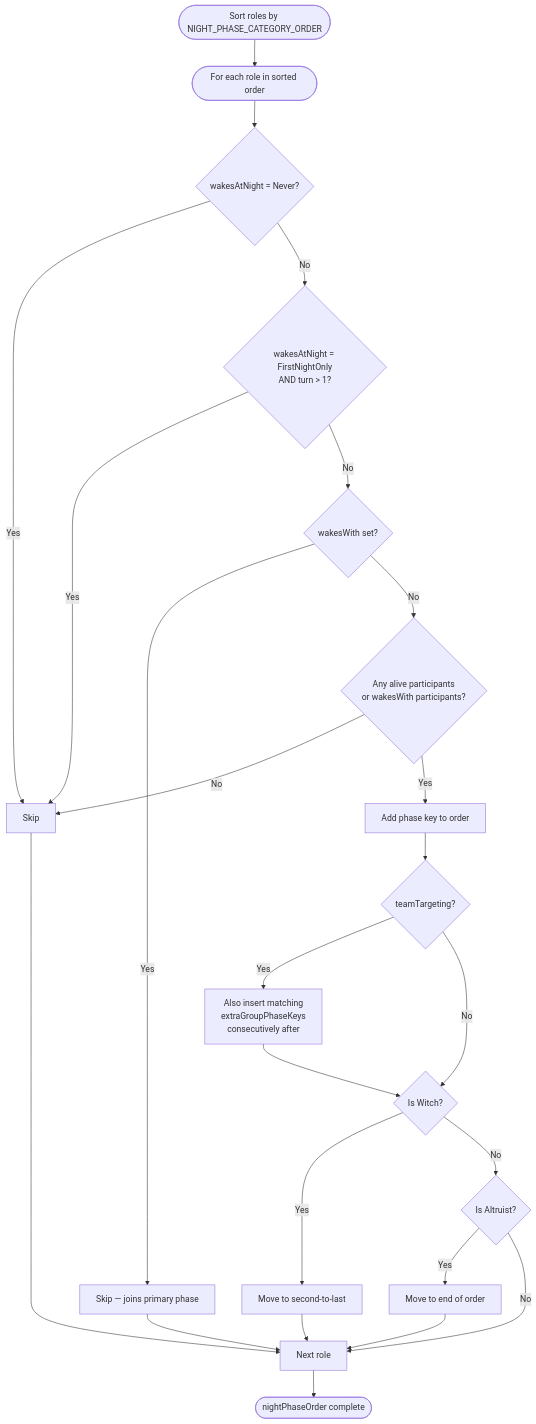
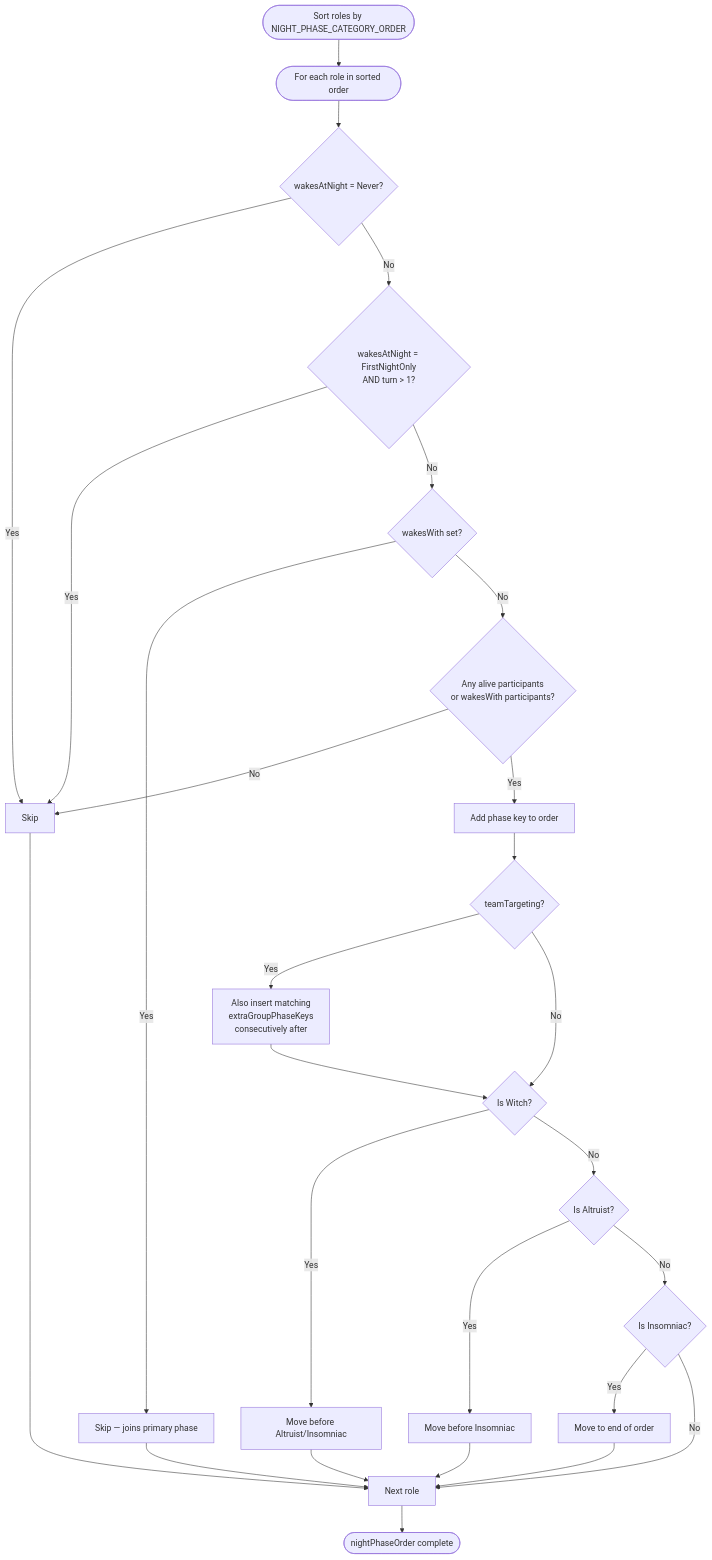
One commit to rmartz/hidden-role-game changed the second of 2 diagrams in docs/werewolf/roles.md. Above: the diagram before and after it, drawn with Mermaid. The commit also changed other lines of this file and 19 other files, not shown here.

````diff
--- a/docs/werewolf/roles.md
+++ b/docs/werewolf/roles.md
@@ -195,26 +196,29 @@
 ```mermaid
 flowchart TD
     Start([Sort roles by NIGHT_PHASE_CATEGORY_ORDER]) --> Loop([For each role in sorted order])
     Loop --> WakesNever{wakesAtNight = Never?}
     WakesNever -->|Yes| Skip[Skip]
     WakesNever -->|No| FirstNight{wakesAtNight = FirstNightOnly\nAND turn > 1?}
     FirstNight -->|Yes| Skip
     FirstNight -->|No| WakesWith{wakesWith set?}
     WakesWith -->|Yes| SkipOwn[Skip — joins primary phase]
     WakesWith -->|No| Alive{Any alive participants\nor wakesWith participants?}
     Alive -->|No| Skip
     Alive -->|Yes| Add[Add phase key to order]
     Add --> IsGroup{teamTargeting?}
     IsGroup -->|Yes| AddExtra[Also insert matching\nextraGroupPhaseKeys\nconsecutively after]
     AddExtra --> IsWitch{Is Witch?}
     IsGroup -->|No| IsWitch
-    IsWitch -->|Yes| MoveSecondLast[Move to second-to-last]
+    IsWitch -->|Yes| MoveBeforeAltruistInsomniac[Move before Altruist/Insomniac]
     IsWitch -->|No| IsAltruist{Is Altruist?}
-    IsAltruist -->|Yes| MoveLast[Move to end of order]
-    IsAltruist -->|No| Next
-    MoveSecondLast --> Next[Next role]
+    IsAltruist -->|Yes| MoveBeforeInsomniac[Move before Insomniac]
+    IsAltruist -->|No| IsInsomniac{Is Insomniac?}
+    IsInsomniac -->|Yes| MoveLast[Move to end of order]
+    IsInsomniac -->|No| Next
+    MoveBeforeAltruistInsomniac --> Next[Next role]
+    MoveBeforeInsomniac --> Next
     MoveLast --> Next
     Skip --> Next
     SkipOwn --> Next
     Next --> Done([nightPhaseOrder complete])
 ```
````
